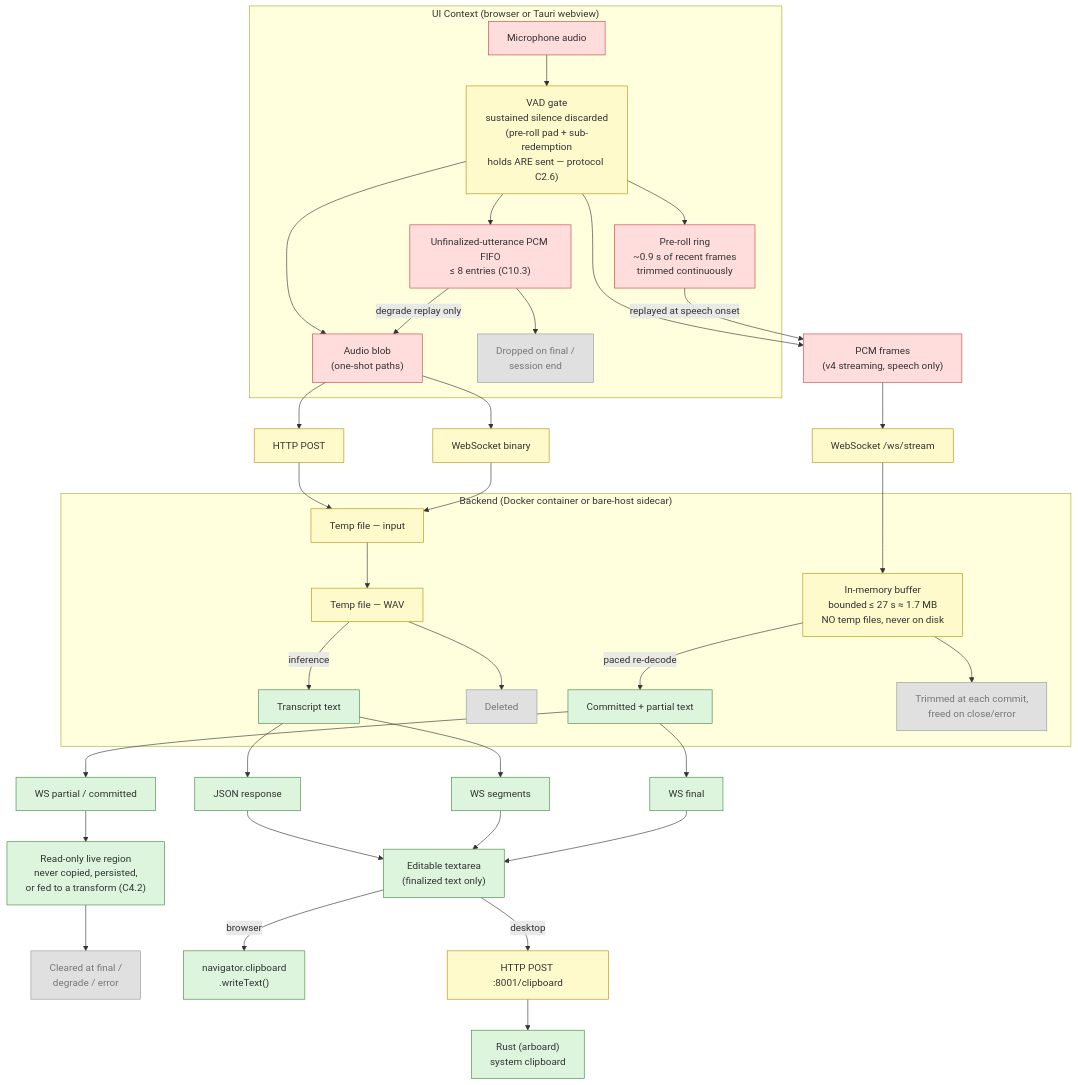
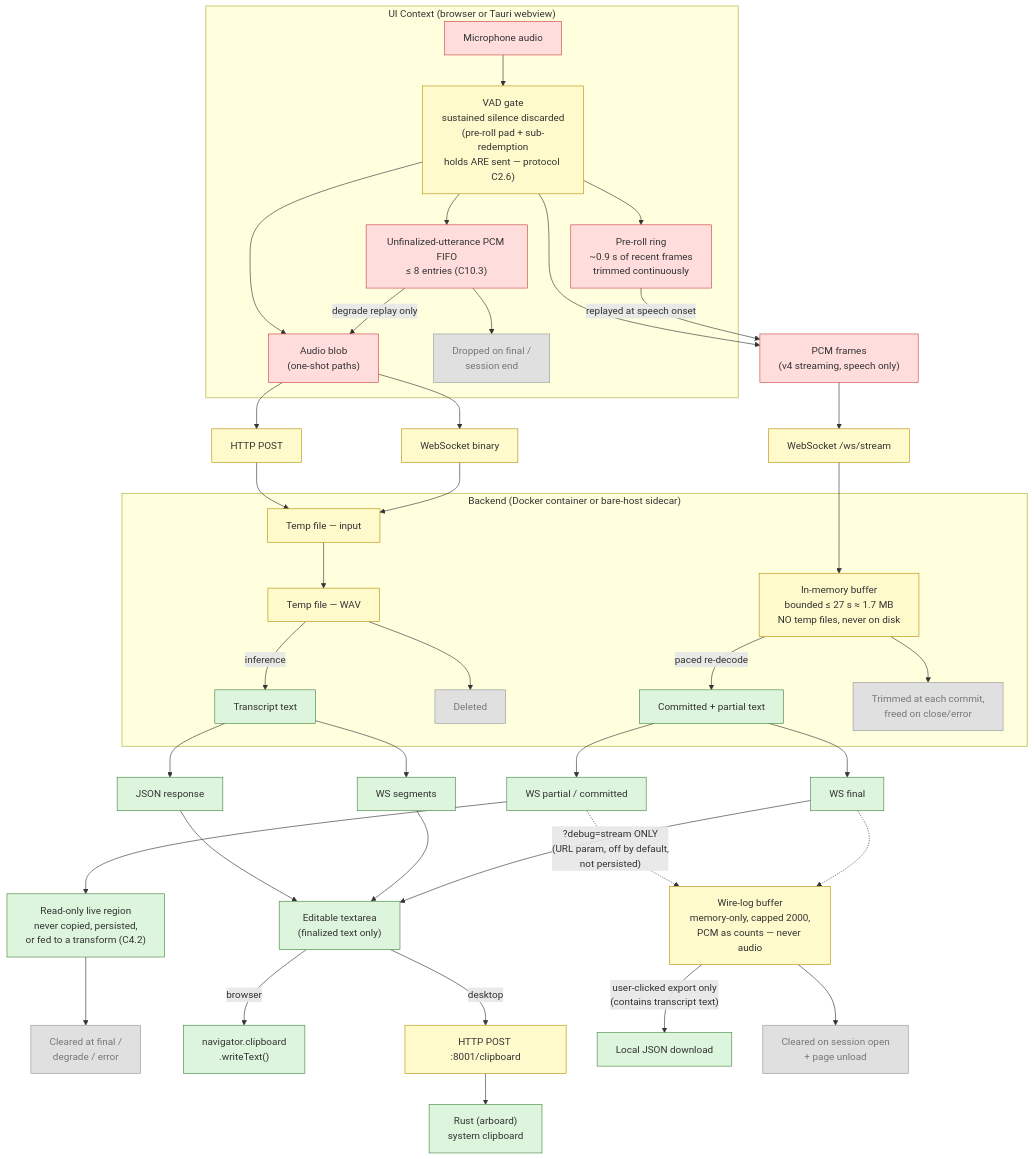
The diagram in docs/diagrams/privacy-data-flow.mmd (JohnYanez95/voice-scribe), drawn with Mermaid before and after one commit. The commit also changed 10 other files, not shown here.

```diff
--- a/docs/diagrams/privacy-data-flow.mmd
+++ b/docs/diagrams/privacy-data-flow.mmd
@@ -1,66 +1,71 @@
 flowchart TD
     subgraph ui ["UI Context (browser or Tauri webview)"]
         mic["Microphone audio"]
         vad["VAD gate<br/>sustained silence discarded<br/>(pre-roll pad + sub-redemption<br/>holds ARE sent — protocol C2.6)"]
         preroll["Pre-roll ring<br/>~0.9 s of recent frames<br/>trimmed continuously"]
         blob["Audio blob<br/>(one-shot paths)"]
         fifo["Unfinalized-utterance PCM FIFO<br/>≤ 8 entries (C10.3)"]
         cdel["Dropped on final /<br/>session end"]
         mic --> vad
         vad --> preroll
         vad --> blob
         vad --> fifo
         fifo --> cdel
         fifo -- "degrade replay only" --> blob
     end
 
     blob --> http["HTTP POST"]
     blob --> wsIn["WebSocket binary"]
     vad --> frames["PCM frames<br/>(v4 streaming, speech only)"]
     preroll -- "replayed at speech onset" --> frames
     frames --> wsStream["WebSocket /ws/stream"]
 
     subgraph backend ["Backend (Docker container or bare-host sidecar)"]
         tmp1["Temp file — input"]
         tmp2["Temp file — WAV"]
         txt["Transcript text"]
         del["Deleted"]
         tmp1 --> tmp2
         tmp2 -- inference --> txt
         tmp2 --> del
 
         ring["In-memory buffer<br/>bounded ≤ 27 s ≈ 1.7 MB<br/>NO temp files, never on disk"]
         stxt["Committed + partial text"]
         rdel["Trimmed at each commit,<br/>freed on close/error"]
         ring -- "paced re-decode" --> stxt
         ring --> rdel
     end
 
     http --> tmp1
     wsIn --> tmp1
     wsStream --> ring
 
     txt --> resp["JSON response"]
     txt --> wsOut["WS segments"]
     stxt --> wsLive["WS partial / committed"]
     stxt --> wsFinal["WS final"]
 
     resp --> area["Editable textarea<br/>(finalized text only)"]
     wsOut --> area
     wsFinal --> area
     wsLive --> live["Read-only live region<br/>never copied, persisted,<br/>or fed to a transform (C4.2)"]
     live --> ldel["Cleared at final /<br/>degrade / error"]
 
     area -- "browser" --> browserClip["navigator.clipboard<br/>.writeText()"]
     area -- "desktop" --> httpPost["HTTP POST :8001/clipboard"]
     httpPost --> rustClip["Rust (arboard)<br/>system clipboard"]
 
+    wsLive -. "?debug=stream ONLY<br/>(URL param, off by default,<br/>not persisted)" .-> wlog["Wire-log buffer<br/>memory-only, capped 2000,<br/>PCM as counts — never audio"]
+    wsFinal -.-> wlog
+    wlog -- "user-clicked export only<br/>(contains transcript text)" --> wfile["Local JSON download"]
+    wlog --> wclear["Cleared on session open<br/>+ page unload"]
+
     classDef sensitive fill:#ffdddd,stroke:#cc4444
     classDef ephemeral fill:#fffacc,stroke:#b8900a
     classDef output fill:#ddf5dd,stroke:#448844
     classDef deleted fill:#e0e0e0,stroke:#999999,color:#777777
 
     class mic,blob,frames,preroll,fifo sensitive
-    class vad,http,wsIn,wsStream,tmp1,tmp2,ring,httpPost ephemeral
-    class txt,stxt,resp,wsOut,wsLive,wsFinal,area,live,browserClip,rustClip output
-    class del,rdel,cdel,ldel deleted
+    class vad,http,wsIn,wsStream,tmp1,tmp2,ring,httpPost,wlog ephemeral
+    class txt,stxt,resp,wsOut,wsLive,wsFinal,area,live,browserClip,rustClip,wfile output
+    class del,rdel,cdel,ldel,wclear deleted
```
